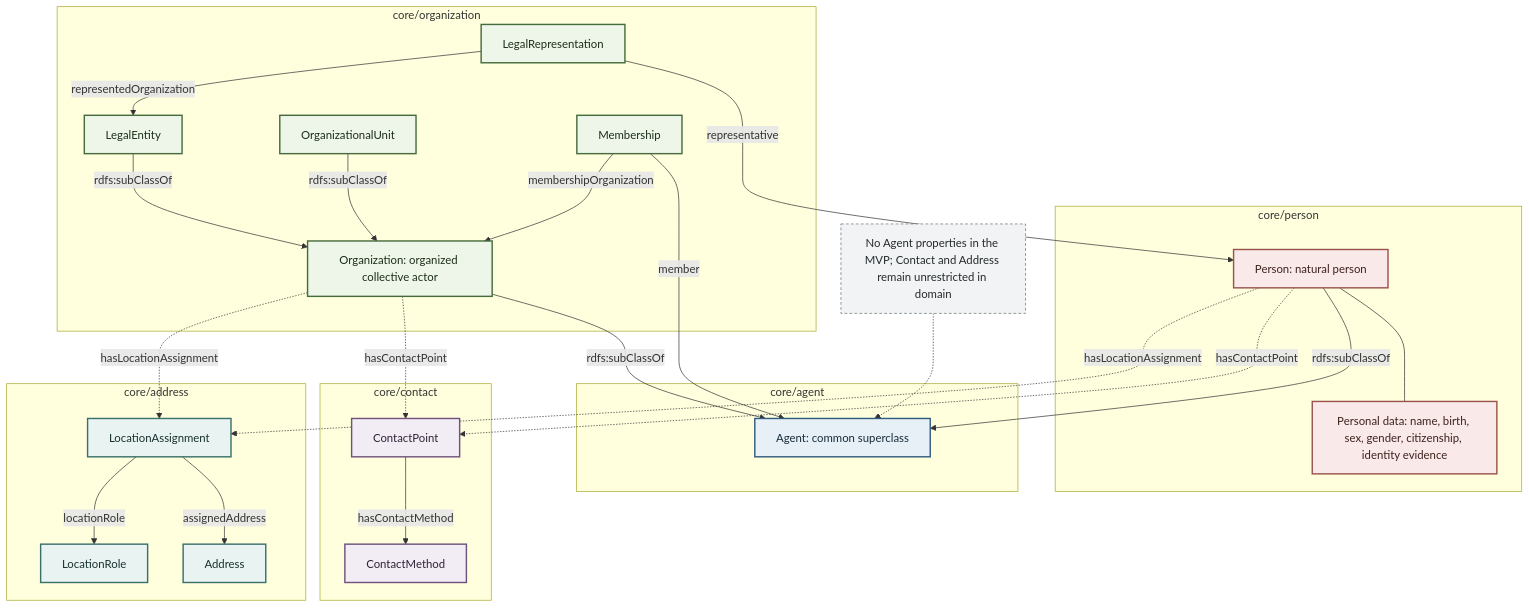
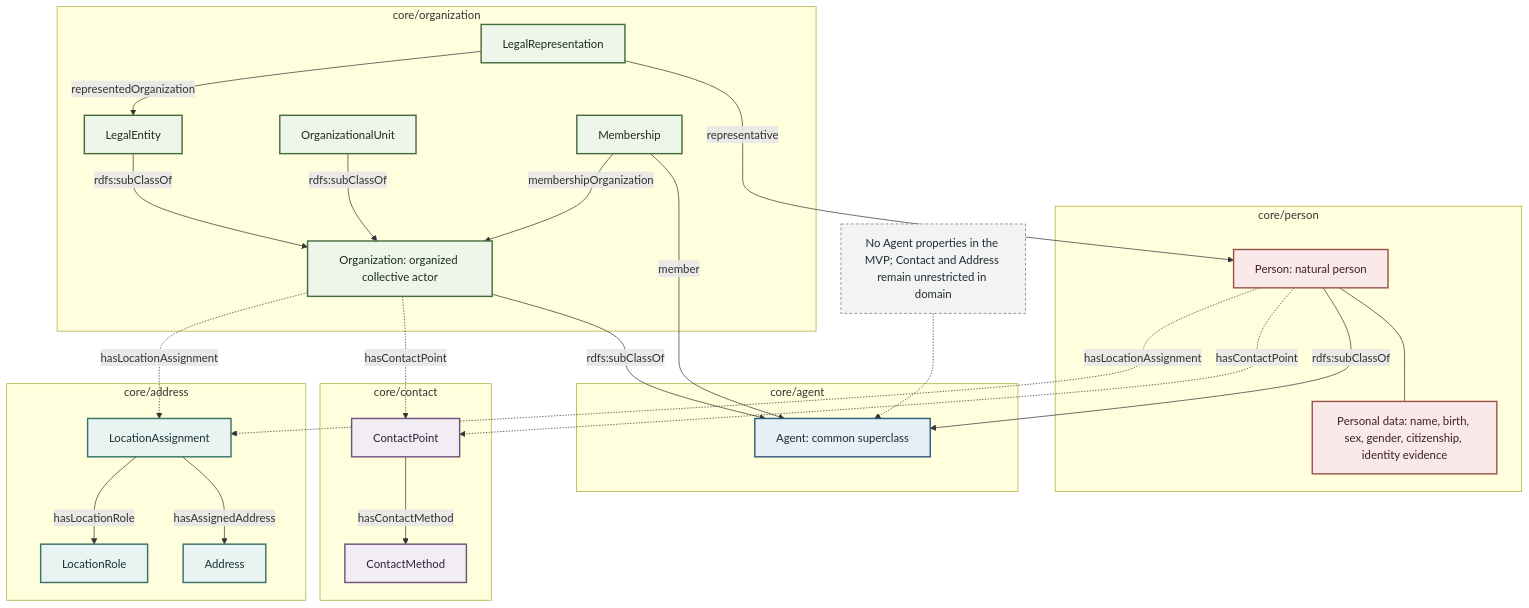
One commit to project-construct-x/constructx-ontologies changed the diagram in modules/core/agent/docs/diagrams/agent-integration-model.md. Above: the diagram before and after it, drawn with Mermaid. The commit also changed 72 other files, not shown here.

````diff
--- a/modules/core/agent/docs/diagrams/agent-integration-model.md
+++ b/modules/core/agent/docs/diagrams/agent-integration-model.md
@@ -8,66 +8,66 @@
 ```mermaid
 flowchart TB
     subgraph AGENT["core/agent"]
         Agent["Agent: common superclass"]
     end
 
     subgraph PERSON["core/person"]
         Person["Person: natural person"]
         PersonData["Personal data: name, birth, sex, gender, citizenship, identity evidence"]
         Person --- PersonData
     end
 
     subgraph ORGANIZATION["core/organization"]
         Org["Organization: organized collective actor"]
         Legal["LegalEntity"]
         Unit["OrganizationalUnit"]
         Membership["Membership"]
         Representation["LegalRepresentation"]
 
         Legal -->|"rdfs:subClassOf"| Org
         Unit -->|"rdfs:subClassOf"| Org
         Membership -->|"member"| Agent
         Membership -->|"membershipOrganization"| Org
         Representation -->|"representative"| Person
         Representation -->|"representedOrganization"| Legal
     end
 
     subgraph CONTACT["core/contact"]
         ContactPoint["ContactPoint"]
         ContactMethod["ContactMethod"]
         ContactPoint -->|"hasContactMethod"| ContactMethod
     end
 
     subgraph ADDRESS["core/address"]
         LocationAssignment["LocationAssignment"]
         Address["Address"]
         LocationRole["LocationRole"]
-        LocationAssignment -->|"assignedAddress"| Address
-        LocationAssignment -->|"locationRole"| LocationRole
+        LocationAssignment -->|"hasAssignedAddress"| Address
+        LocationAssignment -->|"hasLocationRole"| LocationRole
     end
 
     Person -->|"rdfs:subClassOf"| Agent
     Org -->|"rdfs:subClassOf"| Agent
 
     Person -.->|"hasContactPoint"| ContactPoint
     Org -.->|"hasContactPoint"| ContactPoint
     Person -.->|"hasLocationAssignment"| LocationAssignment
     Org -.->|"hasLocationAssignment"| LocationAssignment
 
     Note["No Agent properties in the MVP; Contact and Address remain unrestricted in domain"]
     Note -.-> Agent
 
     classDef agent fill:#e7f0f7,stroke:#315b7d,color:#172b3a,stroke-width:2px;
     classDef person fill:#f9e9e8,stroke:#99534d,color:#3d211f,stroke-width:2px;
     classDef org fill:#edf6e9,stroke:#466b3c,color:#1d2d19,stroke-width:2px;
     classDef contact fill:#f2edf5,stroke:#70517d,color:#2f2135,stroke-width:2px;
     classDef address fill:#e9f3f1,stroke:#39706a,color:#17312e,stroke-width:2px;
     classDef note fill:#f1f3f4,stroke:#6b747a,color:#252a2d,stroke-dasharray:4 3;
 
     class Agent agent;
     class Person,PersonData person;
     class Org,Legal,Unit,Membership,Representation org;
     class ContactPoint,ContactMethod contact;
     class LocationAssignment,Address,LocationRole address;
     class Note note;
 ```
````
